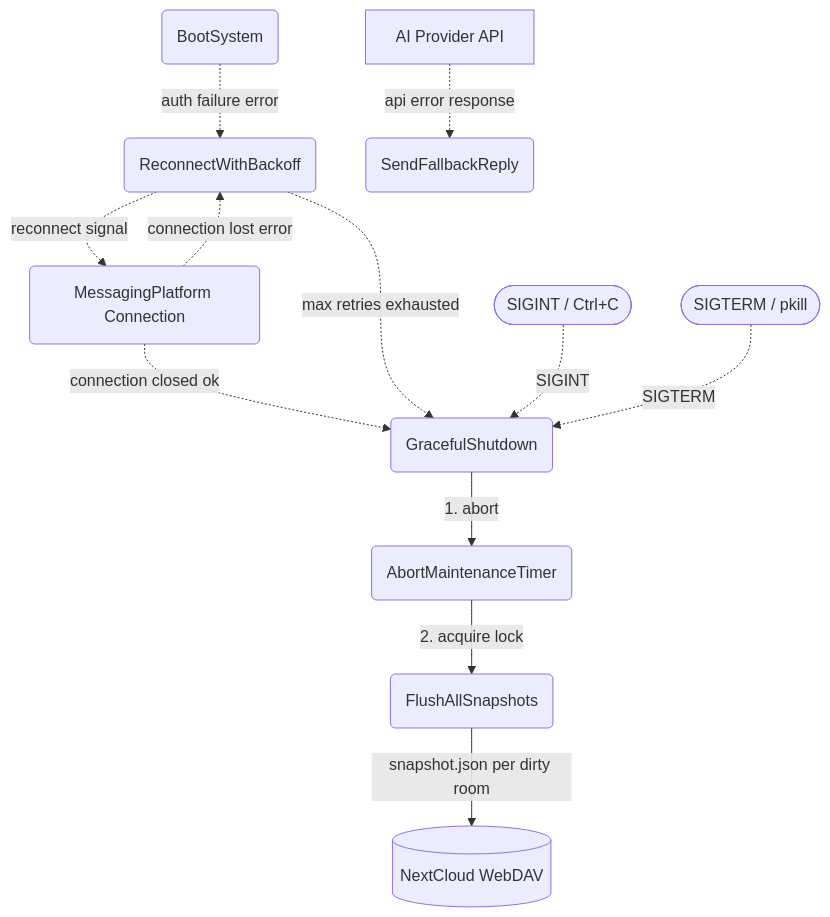
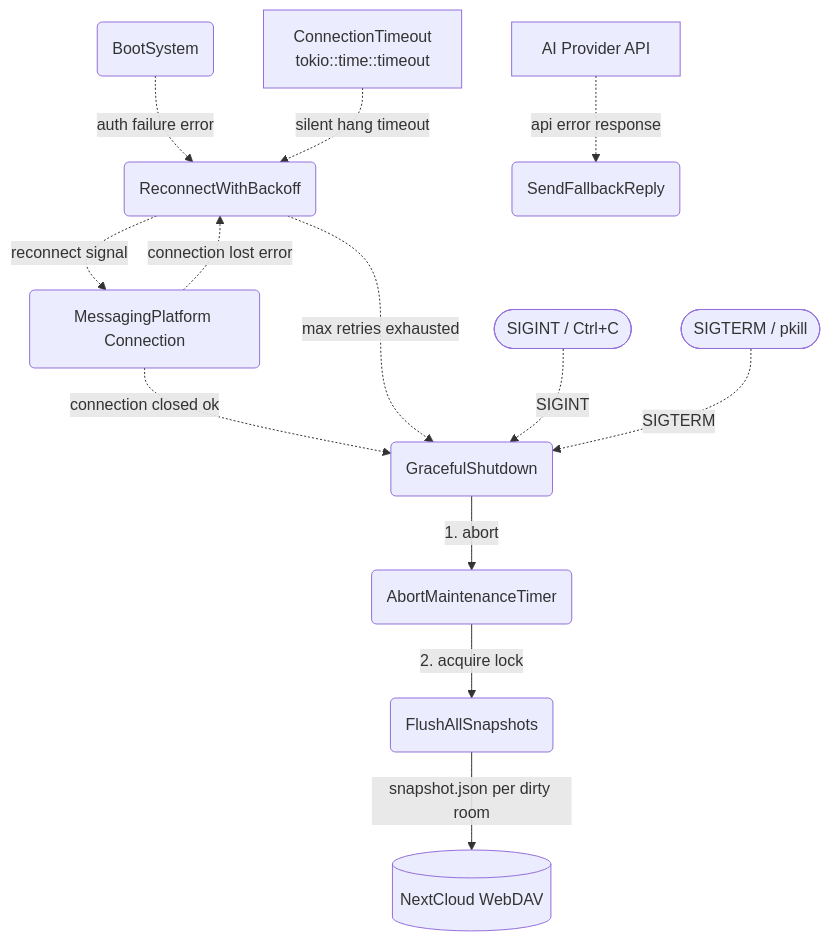
Before and after one commit to cosmoswafer/rockbot: the second of 4 diagrams in _dfd/agent/agent-loop.md, drawn with Mermaid. The commit also changed other lines of this file and 16 other files, not shown here.

First line of the commit message:
fix: prevent tokio event loop stall via connection health monitoring

````diff
--- a/_dfd/agent/agent-loop.md
+++ b/_dfd/agent/agent-loop.md
@@ -89,26 +89,28 @@
 ```mermaid
 flowchart TD
     START(BootSystem)
     CONN(MessagingPlatform Connection)
+    TIMEOUT[ConnectionTimeout<br/>tokio::time::timeout]
     AI[AI Provider API]
     DAV[(NextCloud WebDAV)]
     RECONNECT(ReconnectWithBackoff)
     FALLBACK(SendFallbackReply)
     SIGINT([SIGINT / Ctrl+C])
     SIGTERM([SIGTERM / pkill])
     SHUTDOWN(GracefulShutdown)
     ABORT_TIMER(AbortMaintenanceTimer)
     FLUSH(FlushAllSnapshots)
 
     START -.->|"auth failure error"| RECONNECT
     CONN -.->|"connection lost error"| RECONNECT
     CONN -.->|"connection closed ok"| SHUTDOWN
+    TIMEOUT -.->|"silent hang timeout"| RECONNECT
     RECONNECT -.->|"reconnect signal"| CONN
     RECONNECT -.->|"max retries exhausted"| SHUTDOWN
     AI -.->|"api error response"| FALLBACK
     SIGINT -.->|"SIGINT"| SHUTDOWN
     SIGTERM -.->|"SIGTERM"| SHUTDOWN
     SHUTDOWN -->|"1. abort"| ABORT_TIMER
     ABORT_TIMER -->|"2. acquire lock"| FLUSH
     FLUSH -->|"snapshot.json per dirty room"| DAV
 ```
````
